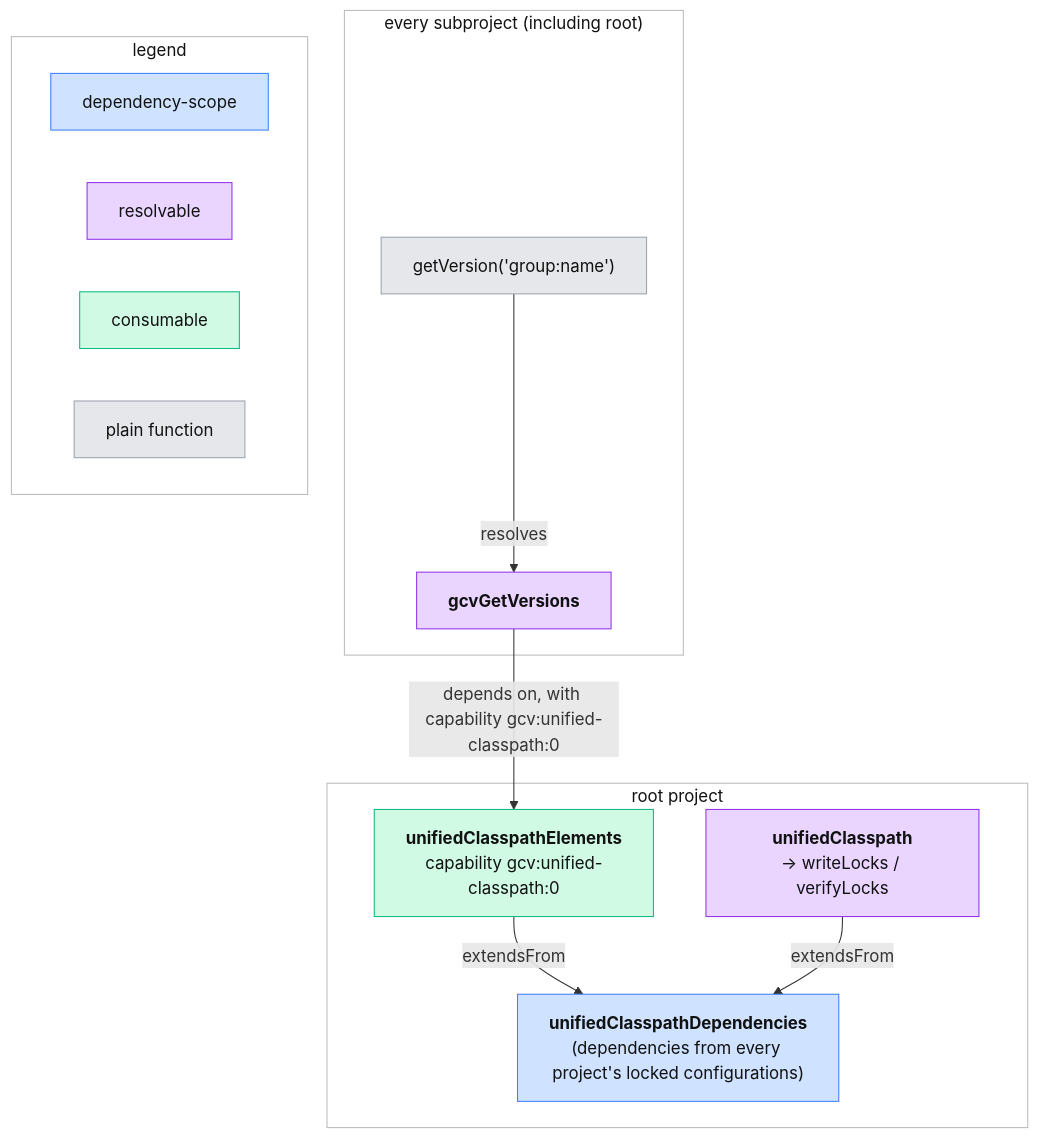
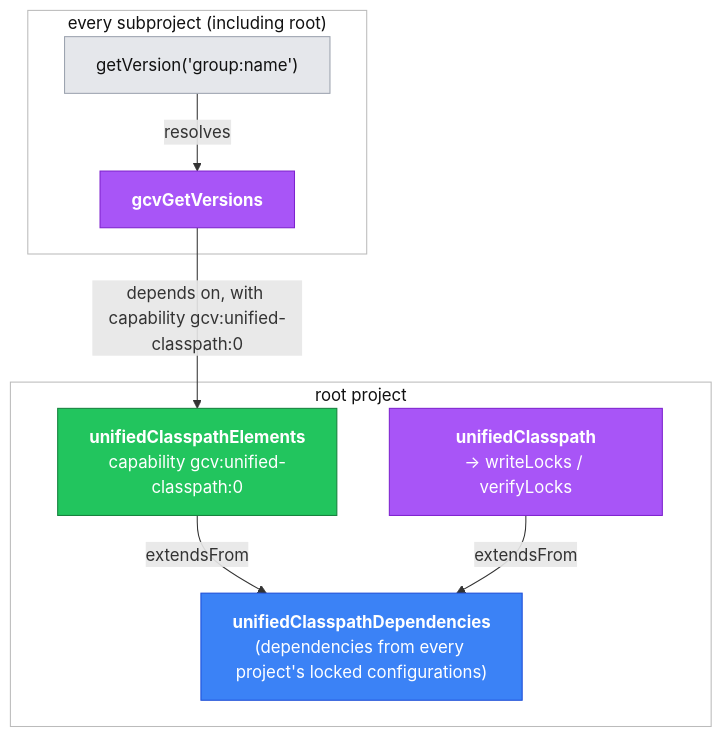
Before and after one commit to palantir/gradle-consistent-versions: the diagram in docs/adr/0001-getversion-per-project-resolution.md, drawn with Mermaid.

Commit message:
add some colour

````diff
--- a/docs/adr/0001-getversion-per-project-resolution.md
+++ b/docs/adr/0001-getversion-per-project-resolution.md
@@ -43,38 +43,29 @@
 ```mermaid
 flowchart TD
     subgraph root["root project"]
         dependencies["<b>unifiedClasspathDependencies</b><br/>(dependencies from every project's locked configurations)"]
         elements["<b>unifiedClasspathElements</b><br/>capability gcv:unified-classpath:0"]
         unified["<b>unifiedClasspath</b><br/>→ writeLocks / verifyLocks"]
         elements -->|extendsFrom| dependencies
         unified -->|extendsFrom| dependencies
     end
     subgraph child["every subproject (including root)"]
         gv["getVersion('group:name')"]
         getv["<b>gcvGetVersions</b>"]
         gv -->|resolves| getv
     end
     getv -->|"depends on, with capability gcv:unified-classpath:0"| elements
 
-    subgraph legend["legend"]
-        direction LR
-        lDep["dependency-scope"]:::declarable
-        lRes["resolvable"]:::resolvable
-        lCon["consumable"]:::consumable
-        lFn["plain function"]:::func
-    end
-
-    classDef declarable fill:#cfe2ff,stroke:#3b82f6,color:#111
-    classDef resolvable fill:#e9d5ff,stroke:#9333ea,color:#111
-    classDef consumable fill:#d1fae5,stroke:#10b981,color:#111
+    classDef declarable fill:#3b82f6,stroke:#1d4ed8,color:#fff
+    classDef resolvable fill:#a855f7,stroke:#7e22ce,color:#fff
+    classDef consumable fill:#22c55e,stroke:#15803d,color:#fff
     classDef func fill:#e5e7eb,stroke:#9ca3af,color:#111
 
     class dependencies declarable
     class unified,getv resolvable
     class elements consumable
     class gv func
 
     style root fill:none,stroke:#bbb,color:#111
     style child fill:none,stroke:#bbb,color:#111
-    style legend fill:none,stroke:#bbb,color:#111
 ```
````
